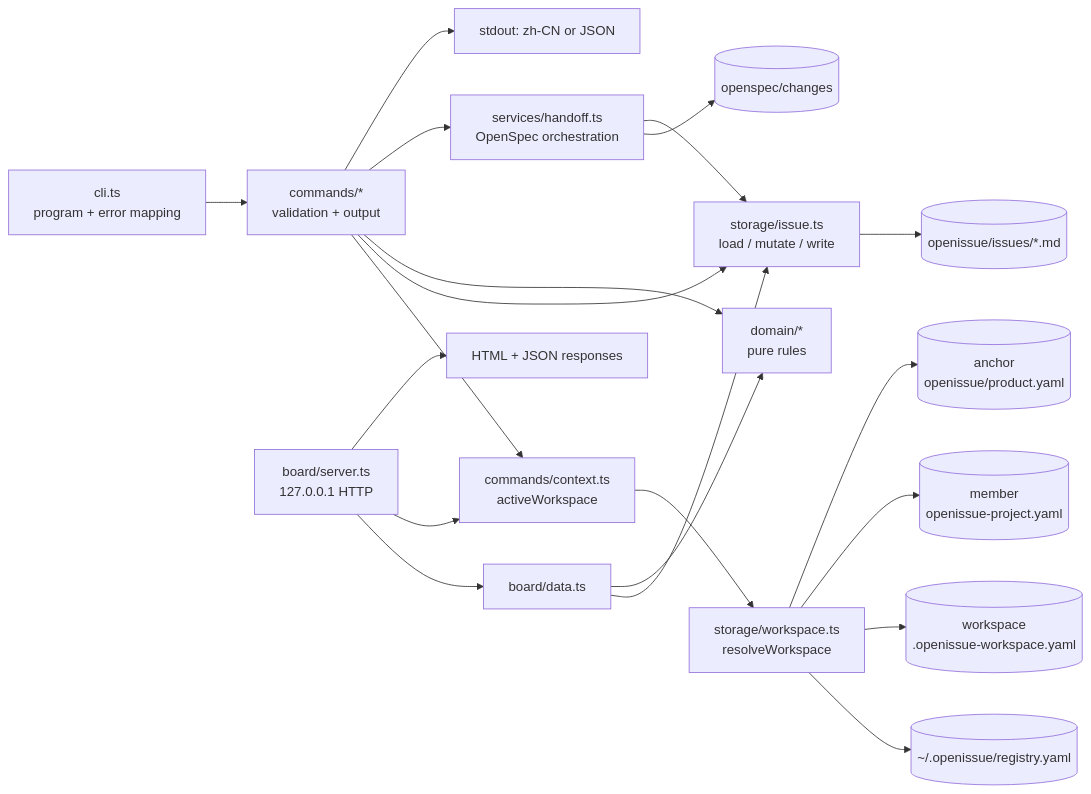
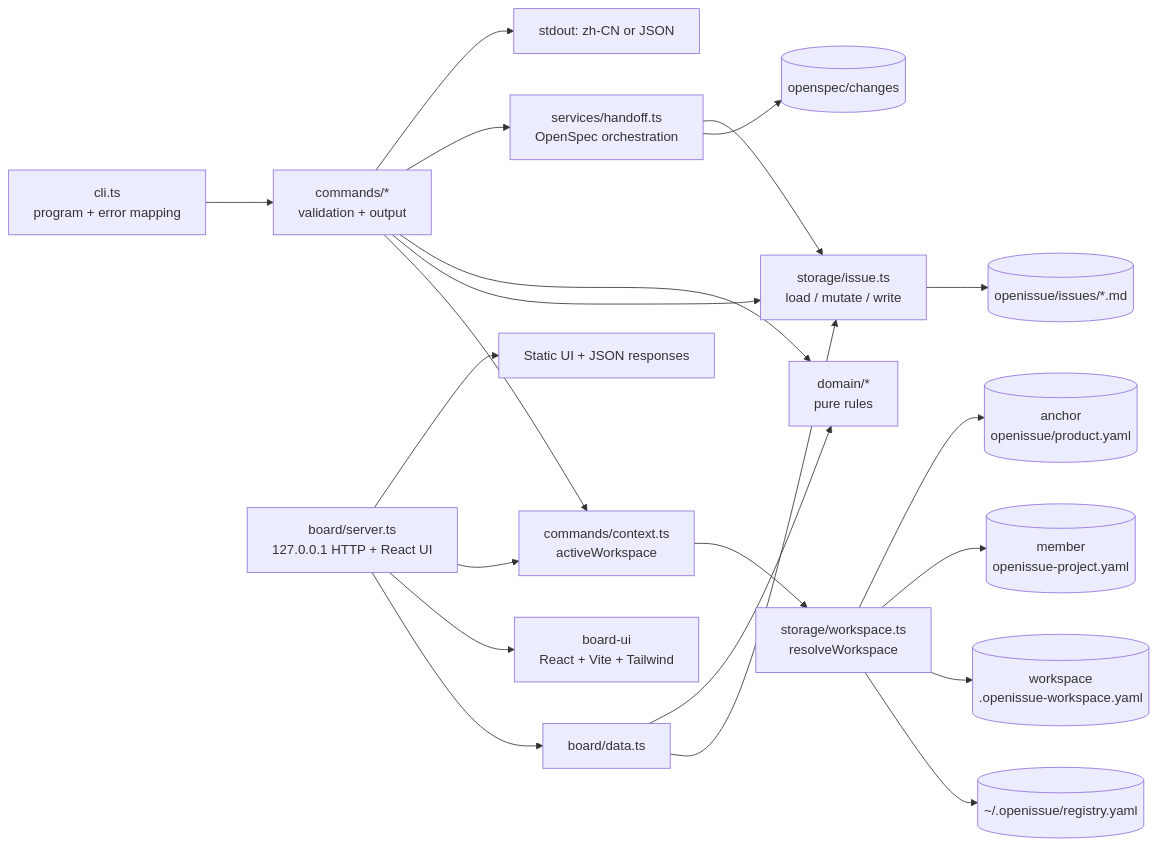
Before and after one commit to 7kbeat/OpenIssue: the diagram in AGENTS.md, drawn with Mermaid. The commit also changed other lines of this file and 36 other files, not shown here.

First line of the commit message:
feat(board): rebuild the local board with a React UI

````diff
--- a/AGENTS.md
+++ b/AGENTS.md
@@ -15,22 +15,23 @@
 ```mermaid
 flowchart LR
   CLI[cli.ts<br/>program + error mapping] --> CMD[commands/*<br/>validation + output]
-  BOARD[board/server.ts<br/>127.0.0.1 HTTP] --> DATA[board/data.ts]
+  BOARD[board/server.ts<br/>127.0.0.1 HTTP + React UI] --> DATA[board/data.ts]
+  BOARD --> UI[board-ui<br/>React + Vite + Tailwind]
   CMD --> CTX[commands/context.ts<br/>activeWorkspace]
   BOARD --> CTX
   CTX --> WS[storage/workspace.ts<br/>resolveWorkspace]
   WS --> REG[(~/.openissue/registry.yaml)]
   WS --> WSPTR[(workspace<br/>.openissue-workspace.yaml)]
   WS --> PTR[(member<br/>openissue-project.yaml)]
   WS --> PRD[(anchor<br/>openissue/product.yaml)]
   CMD --> ST[storage/issue.ts<br/>load / mutate / write]
   DATA --> ST
   ST --> FILES[(openissue/issues/*.md)]
   CMD --> DOM[domain/*<br/>pure rules]
   DATA --> DOM
   CMD --> SVC[services/handoff.ts<br/>OpenSpec orchestration]
   SVC --> OSPEC[(openspec/changes)]
   SVC --> ST
   CMD --> OUT[stdout: zh-CN or JSON]
-  BOARD --> HTML[HTML + JSON responses]
+  BOARD --> HTML[Static UI + JSON responses]
 ```
````
